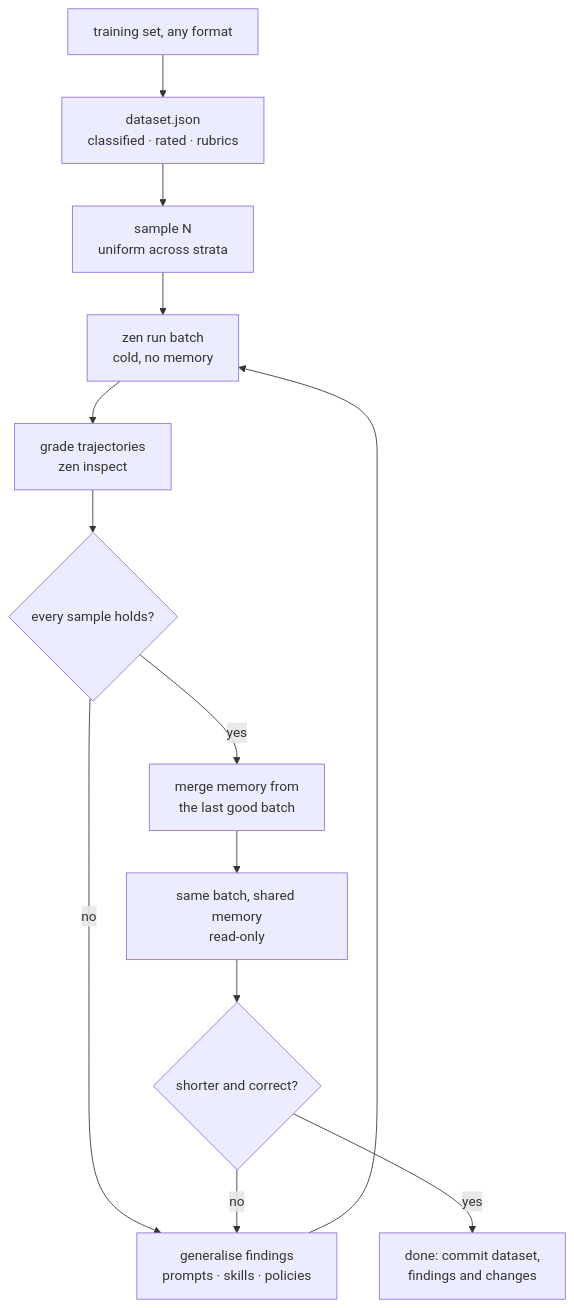
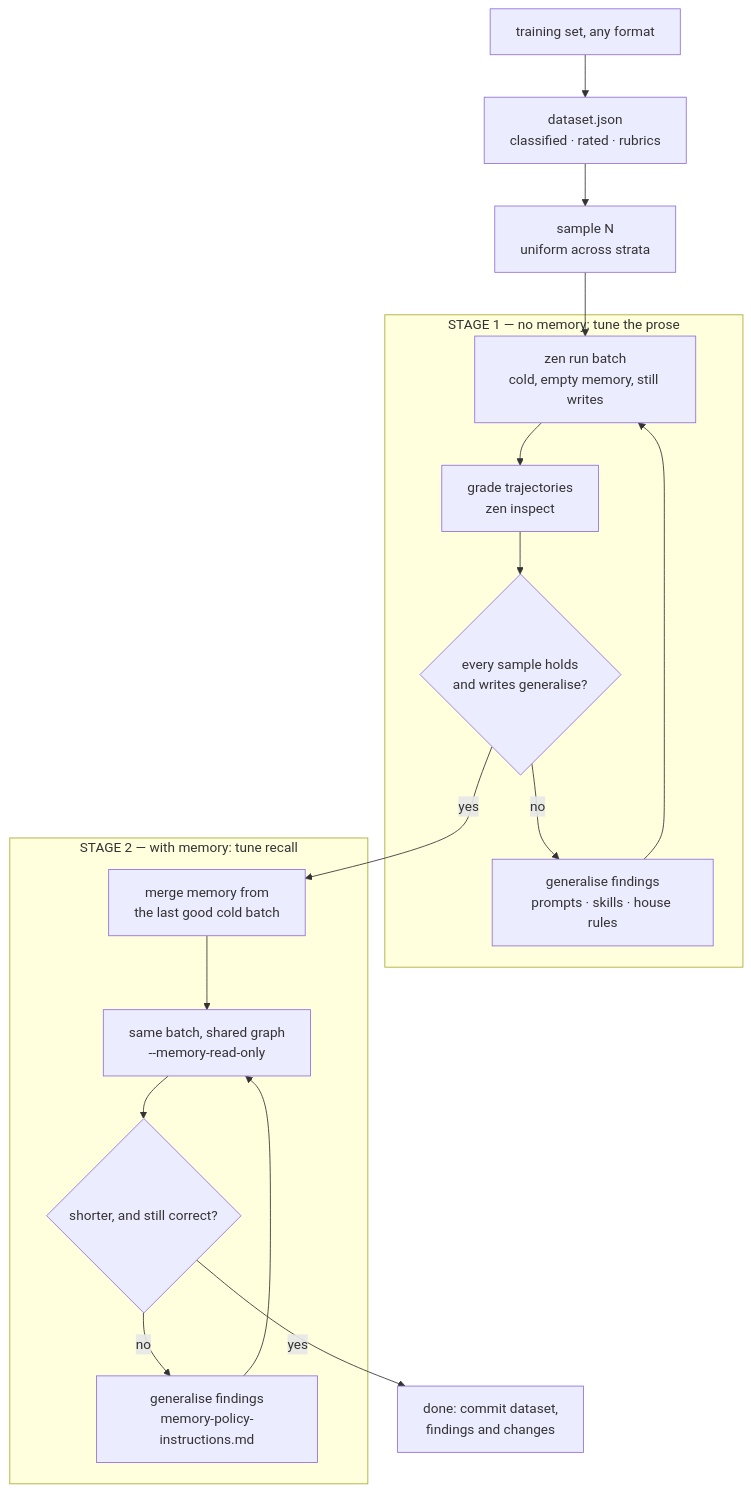
Before and after one commit to andreyryabov/ZeneraNeo: the diagram in packages/cli/templates/editor/.github/skills/zen-finetune/SKILL.md, drawn with Mermaid. The commit also changed other lines of this file and 2 other files, not shown here.

````diff
--- a/packages/cli/templates/editor/.github/skills/zen-finetune/SKILL.md
+++ b/packages/cli/templates/editor/.github/skills/zen-finetune/SKILL.md
@@ -19,15 +24,29 @@
 ```mermaid
 flowchart TD
     A[training set, any format] --> B[dataset.json<br/>classified · rated · rubrics]
     B --> C[sample N<br/>uniform across strata]
-    C --> D[zen run batch<br/>cold, no memory]
-    D --> E[grade trajectories<br/>zen inspect]
-    E --> F{every sample holds?}
-    F -- no --> G[generalise findings<br/>prompts · skills · policies]
-    G --> D
-    F -- yes --> H[merge memory from<br/>the last good batch]
-    H --> I[same batch, shared memory<br/>read-only]
-    I --> J{shorter and correct?}
-    J -- no --> G
-    J -- yes --> K[done: commit dataset,<br/>findings and changes]
+
+    subgraph S1["STAGE 1 — no memory: tune the prose"]
+        D[zen run batch<br/>cold, empty memory, still writes]
+        E[grade trajectories<br/>zen inspect]
+        F{every sample holds<br/>and writes generalise?}
+        G[generalise findings<br/>prompts · skills · house rules]
+        D --> E --> F
+        F -- no --> G
+        G --> D
+    end
+
+    subgraph S2["STAGE 2 — with memory: tune recall"]
+        H[merge memory from<br/>the last good cold batch]
+        I[same batch, shared graph<br/>--memory-read-only]
+        J{shorter, and still correct?}
+        K[generalise findings<br/>memory-policy-instructions.md]
+        H --> I --> J
+        J -- no --> K
+        K --> I
+    end
+
+    C --> D
+    F -- yes --> H
+    J -- yes --> L[done: commit dataset,<br/>findings and changes]
 ```
````
